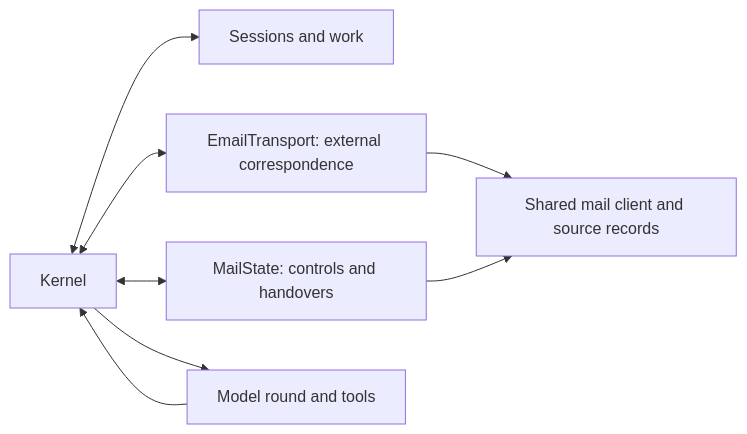
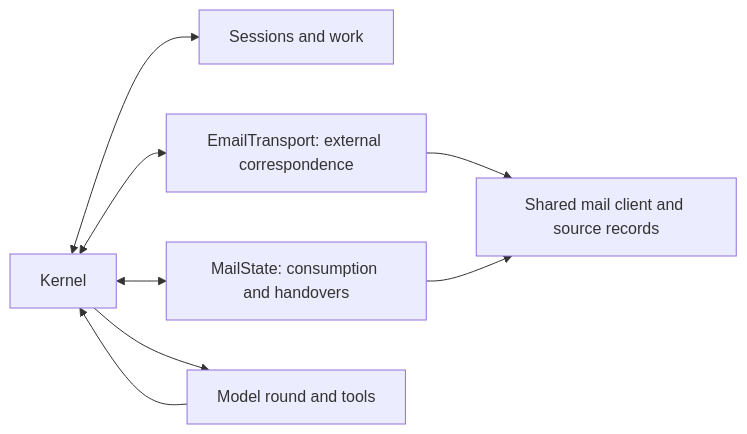
Before and after one commit to Ivenna/Ivenna: the diagram in docs/architecture.md, drawn with Mermaid. The commit also changed other lines of this file and 20 other files, not shown here.

````diff
--- a/docs/architecture.md
+++ b/docs/architecture.md
@@ -23,10 +23,10 @@
 ```mermaid
 flowchart LR
     Kernel[Kernel] <--> Sessions[Sessions and work]
     Kernel <--> Email[EmailTransport: external correspondence]
-    Kernel <--> State[MailState: controls and handovers]
+    Kernel <--> State[MailState: consumption and handovers]
     Email --> Shared[Shared mail client and source records]
     State --> Shared
     Kernel --> Engine[Model round and tools]
     Engine --> Kernel
 ```
````
